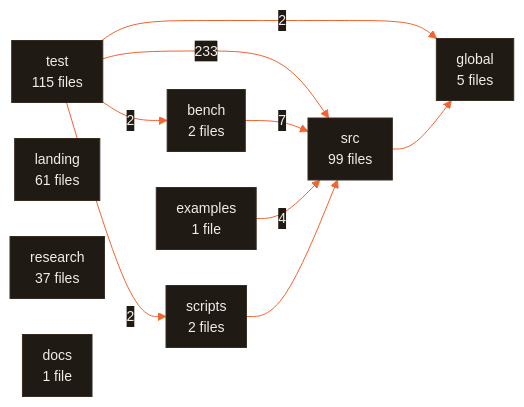
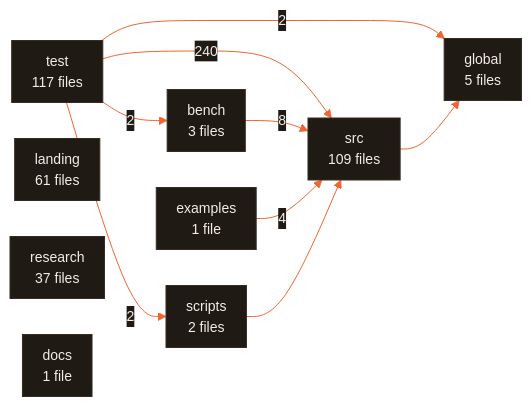
Before and after one commit to CodeWithJuber/forgekit: the fifth of 5 diagrams in ARCHITECTURE.md, drawn with Mermaid. The commit also changed 4 other files, not shown here.

````diff
--- a/ARCHITECTURE.md
+++ b/ARCHITECTURE.md
@@ -620,21 +620,21 @@
 ```mermaid
 %%{init: {'theme':'base','themeVariables':{'primaryColor':'#201a15','primaryTextColor':'#f2ede7','primaryBorderColor':'#372c22','lineColor':'#f26430','secondaryColor':'#272019','tertiaryColor':'#171310','edgeLabelBackground':'#201a15','clusterBkg':'#171310','clusterBorder':'#4a3b2e','fontFamily':'ui-sans-serif, system-ui, sans-serif','fontSize':'14px'},'flowchart':{'curve':'basis','padding':10,'nodeSpacing':36,'rankSpacing':44}}}%%
 flowchart LR
-  test["test<br/>115 files"]
-  src["src<br/>99 files"]
+  test["test<br/>117 files"]
+  src["src<br/>109 files"]
   landing["landing<br/>61 files"]
   research["research<br/>37 files"]
   global["global<br/>5 files"]
-  bench["bench<br/>2 files"]
+  bench["bench<br/>3 files"]
   scripts["scripts<br/>2 files"]
   docs["docs<br/>1 file"]
   examples["examples<br/>1 file"]
-  test -- 233 --> src
-  bench -- 7 --> src
+  test -- 240 --> src
+  bench -- 8 --> src
   examples -- 4 --> src
   test -- 2 --> bench
   test -- 2 --> global
   test -- 2 --> scripts
   scripts --> src
   src --> global
 ```
````
